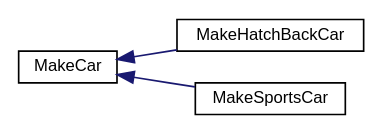
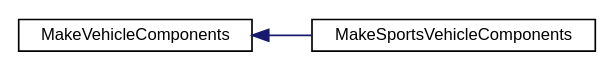
The diagram in inherit_graph_1.dot (JamesBMiddleton/DesignPatterns), drawn with Graphviz before and after one commit. The commit also changed 50 other files, not shown here.

```diff
--- a/inherit_graph_1.dot
+++ b/inherit_graph_1.dot
@@ -1,12 +1,10 @@
 digraph "Graphical Class Hierarchy"
 {
  // LATEX_PDF_SIZE
   edge [fontname="Helvetica",fontsize="10",labelfontname="Helvetica",labelfontsize="10"];
   node [fontname="Helvetica",fontsize="10",shape=record];
   rankdir="LR";
-  Node0 [label="MakeCar",height=0.2,width=0.4,color="black", fillcolor="white", style="filled",URL="$structMakeCar.html",tooltip=" "];
+  Node0 [label="MakeVehicleComponents",height=0.2,width=0.4,color="black", fillcolor="white", style="filled",URL="$structMakeVehicleComponents.html",tooltip=" "];
   Node0 -> Node1 [dir="back",color="midnightblue",fontsize="10",style="solid",fontname="Helvetica"];
-  Node1 [label="MakeHatchBackCar",height=0.2,width=0.4,color="black", fillcolor="white", style="filled",URL="$structMakeHatchBackCar.html",tooltip=" "];
-  Node0 -> Node2 [dir="back",color="midnightblue",fontsize="10",style="solid",fontname="Helvetica"];
-  Node2 [label="MakeSportsCar",height=0.2,width=0.4,color="black", fillcolor="white", style="filled",URL="$structMakeSportsCar.html",tooltip=" "];
+  Node1 [label="MakeSportsVehicleComponents",height=0.2,width=0.4,color="black", fillcolor="white", style="filled",URL="$structMakeSportsVehicleComponents.html",tooltip=" "];
 }
```
